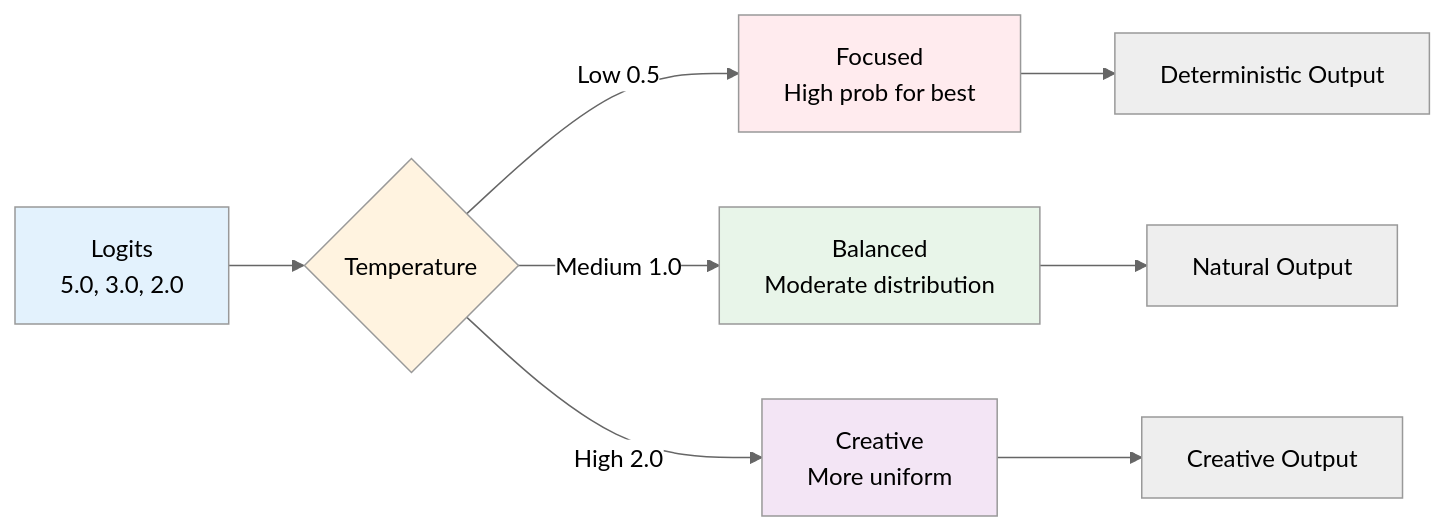
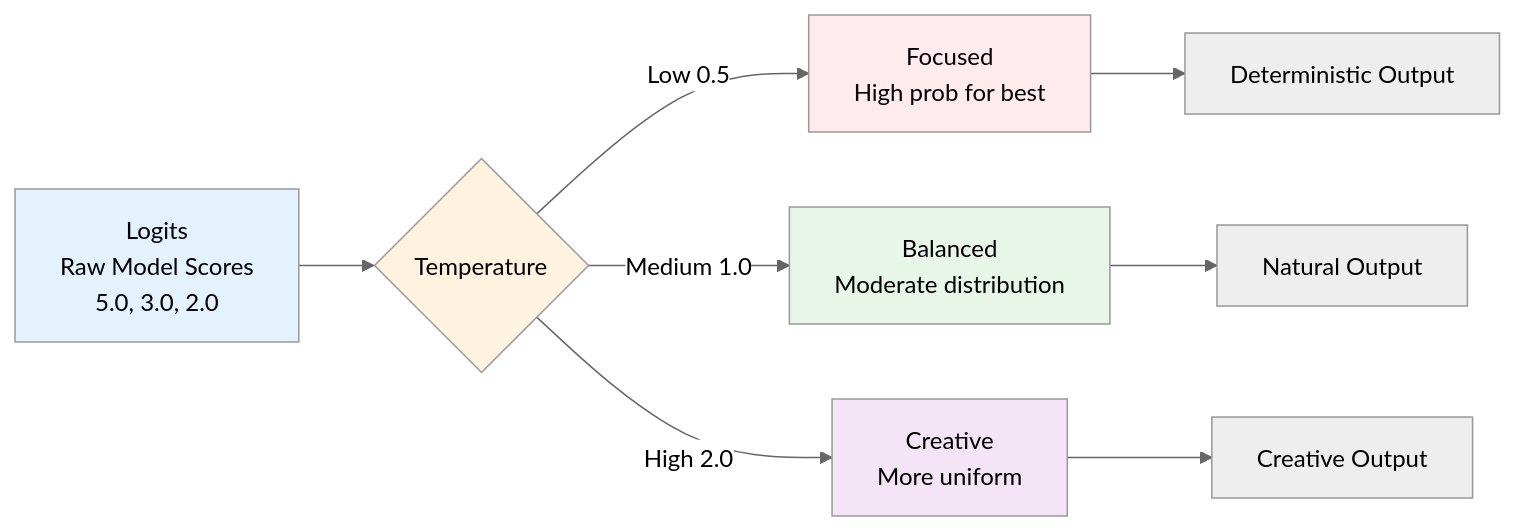
The third of 3 diagrams in docs/session_1/8_math_fundamentals.md (iNavLabsResearch/ai_starter), drawn with Mermaid (neutral theme) before and after one commit. The commit also changed other lines of this file and 2 other files, not shown here.

First line of the commit message:
Update math fundamentals: Add tiktoken BPE and explain logits

````diff
--- a/docs/session_1/8_math_fundamentals.md
+++ b/docs/session_1/8_math_fundamentals.md
@@ -302,17 +312,17 @@
 ```mermaid
 graph LR
-    A[Logits<br/>5.0, 3.0, 2.0] --> B{Temperature}
+    A[Logits<br/>Raw Model Scores<br/>5.0, 3.0, 2.0] --> B{Temperature}
     B -->|Low 0.5| C[Focused<br/>High prob for best]
     B -->|Medium 1.0| D[Balanced<br/>Moderate distribution]
     B -->|High 2.0| E[Creative<br/>More uniform]
     
     C --> F[Deterministic Output]
     D --> G[Natural Output]
     E --> H[Creative Output]
     
     style A fill:#e3f2fd,color:#000000
     style B fill:#fff3e0,color:#000000
     style C fill:#ffebee,color:#000000
     style D fill:#e8f5e9,color:#000000
     style E fill:#f3e5f5,color:#000000
 ```
````
